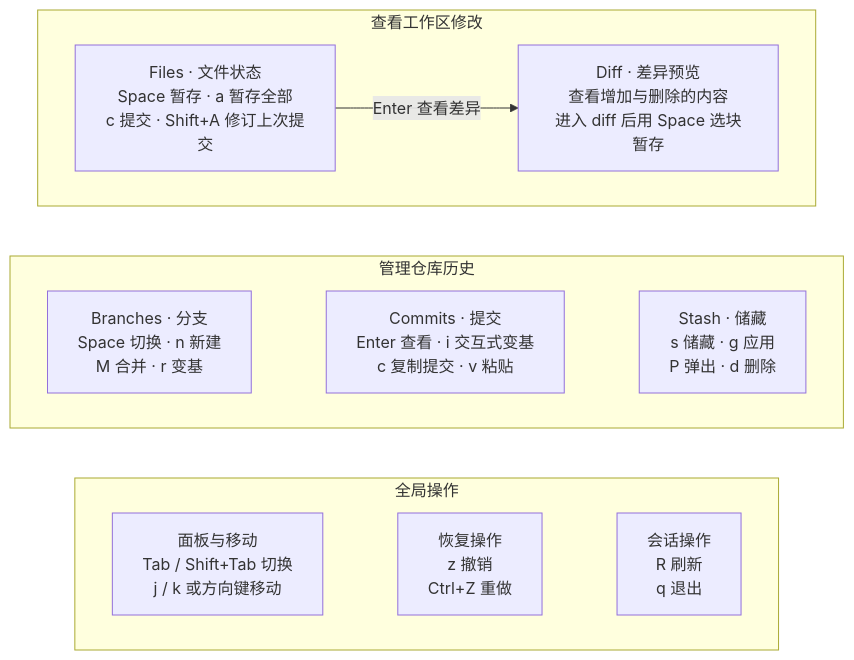
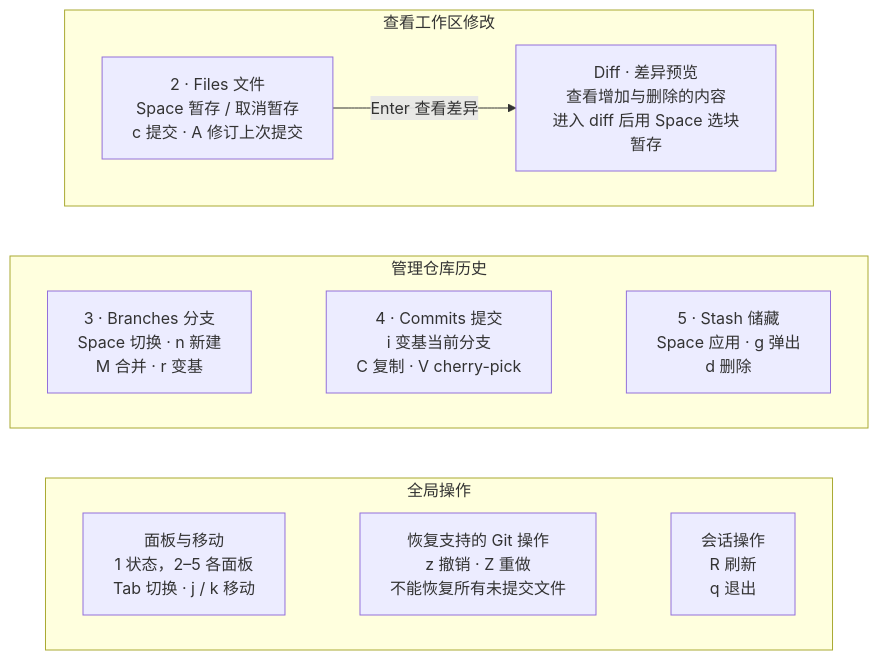
Before and after one commit to Jackie-Daddy/Lab-Tutorial: the diagram in diagrams/zh/lazygit-panels.mmd, drawn with Mermaid. The commit also changed 77 other files, not shown here.

```diff
--- a/diagrams/zh/lazygit-panels.mmd
+++ b/diagrams/zh/lazygit-panels.mmd
@@ -1,24 +1,24 @@
 flowchart TB
-  accTitle: Lazygit 面板与常用快捷键
-  accDescr: Lazygit 在同一界面中展示文件、分支、提交、储藏和 diff。文件面板可暂存并查看差异，分支和提交面板用于管理历史，储藏面板保存临时修改；全局快捷键用于切换面板、移动、撤销、刷新和退出。
+  accTitle: Lazygit 0.65.0 面板与常用键位
+  accDescr: 数字 1 到 5 分别聚焦状态、文件、分支、提交和储藏。Space 切换暂存状态，C 与 V 复制和粘贴提交，储藏用 Space 应用或 g 弹出；z 撤销，Z 重做。
   subgraph working["查看工作区修改"]
     direction LR
-    files["Files · 文件状态<br/>Space 暂存 · a 暂存全部<br/>c 提交 · Shift+A 修订上次提交"]
+    files["2 · Files 文件<br/>Space 暂存 / 取消暂存<br/>c 提交 · A 修订上次提交"]
     diff["Diff · 差异预览<br/>查看增加与删除的内容<br/>进入 diff 后用 Space 选块暂存"]
     files -->|"Enter 查看差异"| diff
   end
   subgraph history["管理仓库历史"]
     direction LR
-    branches["Branches · 分支<br/>Space 切换 · n 新建<br/>M 合并 · r 变基"]
-    commits["Commits · 提交<br/>Enter 查看 · i 交互式变基<br/>c 复制提交 · v 粘贴"]
-    stash["Stash · 储藏<br/>s 储藏 · g 应用<br/>P 弹出 · d 删除"]
+    branches["3 · Branches 分支<br/>Space 切换 · n 新建<br/>M 合并 · r 变基"]
+    commits["4 · Commits 提交<br/>i 变基当前分支<br/>C 复制 · V cherry-pick"]
+    stash["5 · Stash 储藏<br/>Space 应用 · g 弹出<br/>d 删除"]
     branches ~~~ commits ~~~ stash
   end
   subgraph global["全局操作"]
     direction LR
-    navigation["面板与移动<br/>Tab / Shift+Tab 切换<br/>j / k 或方向键移动"]
-    undo["恢复操作<br/>z 撤销<br/>Ctrl+Z 重做"]
+    navigation["面板与移动<br/>1 状态，2–5 各面板<br/>Tab 切换 · j / k 移动"]
+    undo["恢复支持的 Git 操作<br/>z 撤销 · Z 重做<br/>不能恢复所有未提交文件"]
     session["会话操作<br/>R 刷新<br/>q 退出"]
     navigation ~~~ undo ~~~ session
   end
   working ~~~ history ~~~ global
```
